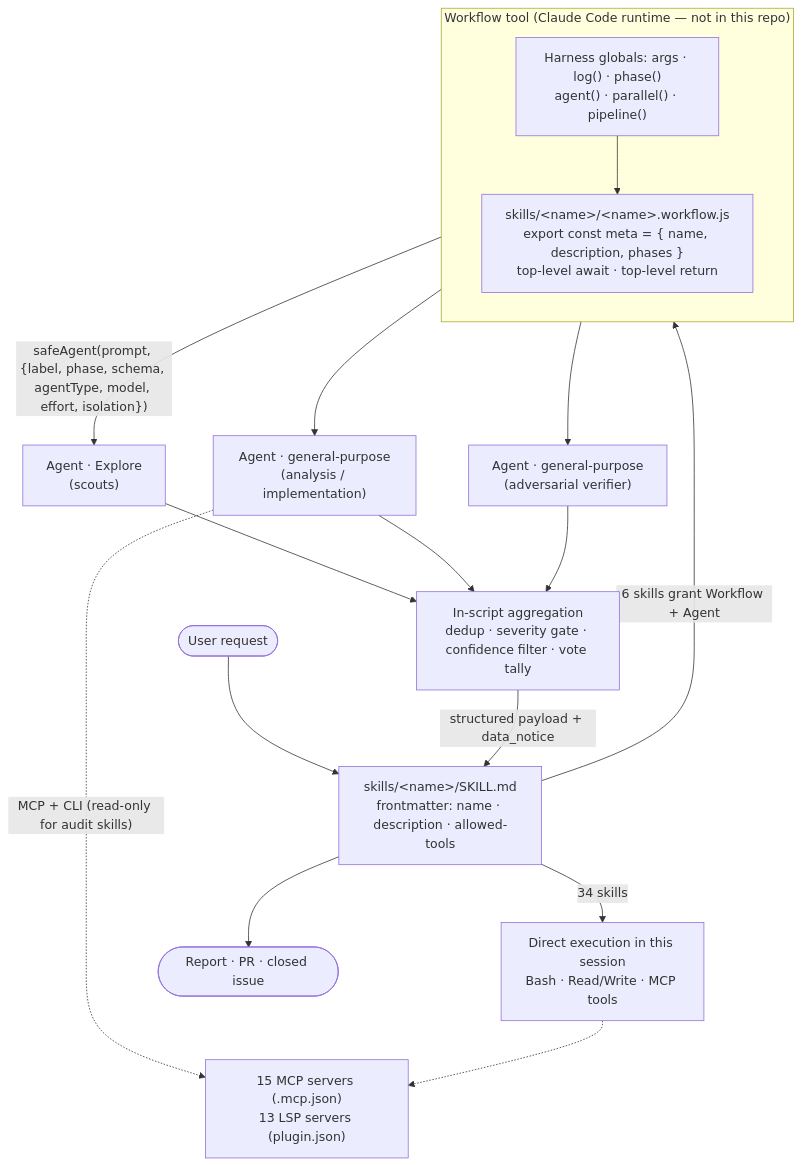
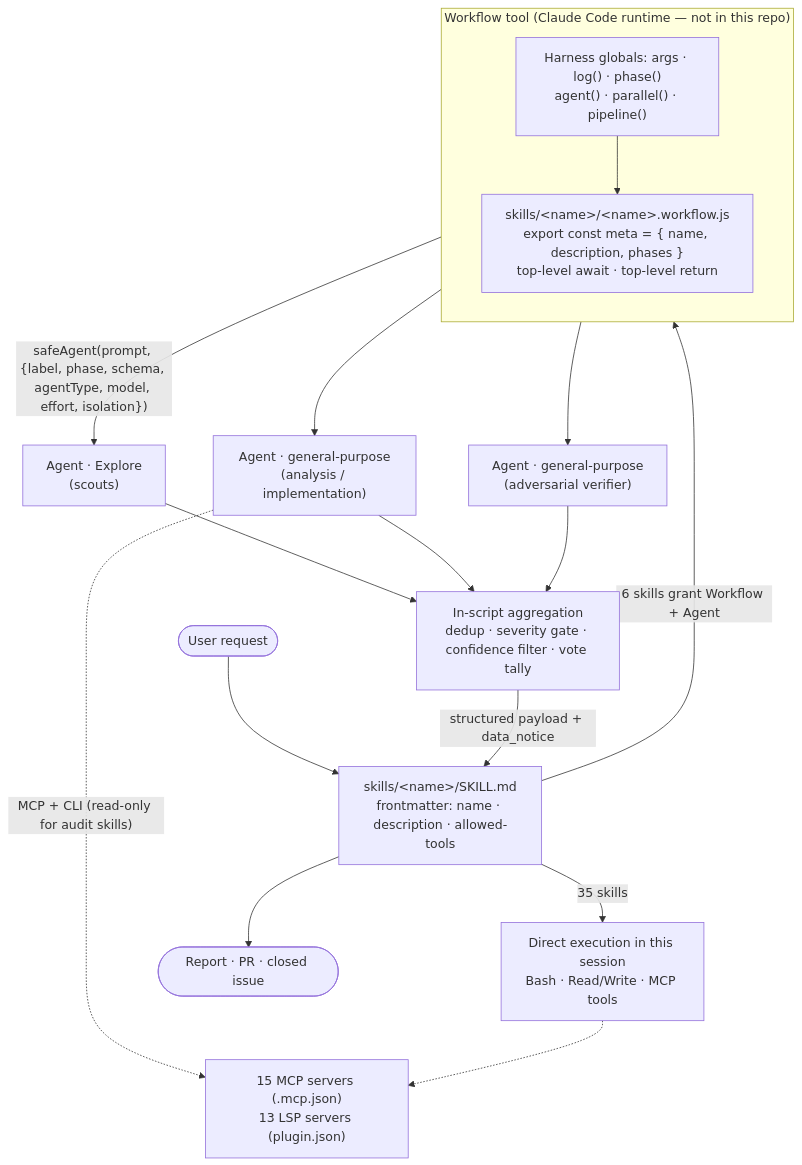
Before and after one commit to Cloud-Officer/claude-code-plugin-dev: the diagram in docs/architecture.md, drawn with Mermaid. The commit also changed other lines of this file and 8 other files, not shown here.

````diff
--- a/docs/architecture.md
+++ b/docs/architecture.md
@@ -49,25 +49,25 @@
 ```mermaid
 flowchart TB
     U([User request]) --> S["skills/&lt;name&gt;/SKILL.md<br/>frontmatter: name · description · allowed-tools"]
 
-    S -->|34 skills| D["Direct execution in this session<br/>Bash · Read/Write · MCP tools"]
+    S -->|35 skills| D["Direct execution in this session<br/>Bash · Read/Write · MCP tools"]
 
     S -->|"6 skills grant Workflow + Agent"| W
 
     subgraph W["Workflow tool (Claude Code runtime — not in this repo)"]
         direction TB
         H["Harness globals: args · log() · phase()<br/>agent() · parallel() · pipeline()"]
         H --> SC["skills/&lt;name&gt;/&lt;name&gt;.workflow.js<br/>export const meta = { name, description, phases }<br/>top-level await · top-level return"]
     end
 
     SC -->|"safeAgent(prompt, {label, phase, schema, agentType, model, effort, isolation})"| A1["Agent · Explore<br/>(scouts)"]
     SC --> A2["Agent · general-purpose<br/>(analysis / implementation)"]
     SC --> A3["Agent · general-purpose<br/>(adversarial verifier)"]
 
     A1 & A2 & A3 --> AGG["In-script aggregation<br/>dedup · severity gate · confidence filter · vote tally"]
     AGG -->|structured payload + data_notice| S
     S --> R([Report · PR · closed issue])
 
     A2 -.->|"MCP + CLI (read-only for audit skills)"| EXT["15 MCP servers (.mcp.json)<br/>13 LSP servers (plugin.json)"]
     D -.-> EXT
 ```
````
